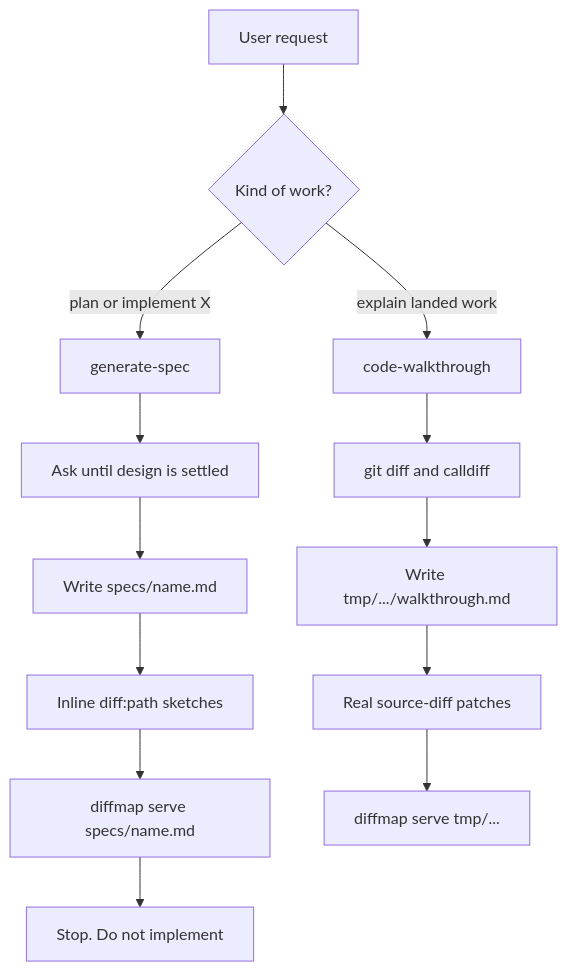
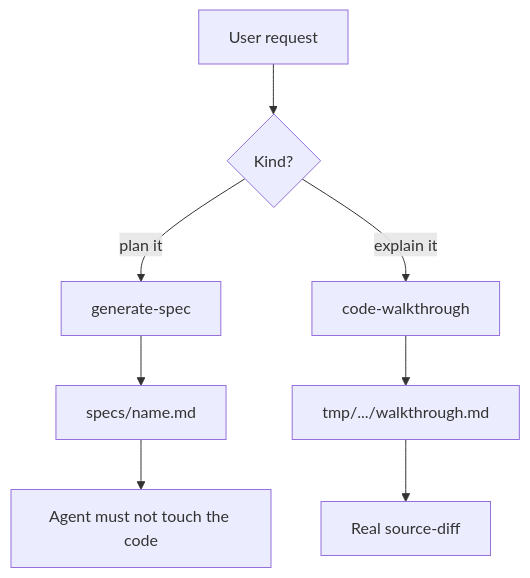
The first of 3 diagrams in specs/merge-generate-spec-walkthrough.md (tanishqkancharla/diffmap), drawn with Mermaid before and after one commit. The commit also changed other lines of this file, not shown here.

First line of the commit message:
Loosen merge spec to a living planned-vs-done doc

````diff
--- a/specs/merge-generate-spec-walkthrough.md
+++ b/specs/merge-generate-spec-walkthrough.md
@@ -13,19 +13,12 @@
 ```mermaid
 flowchart TD
-  Request[User request] --> Kind{Kind of work?}
-  Kind -->|plan or implement X| SpecSkill[generate-spec]
-  Kind -->|explain landed work| WalkSkill[code-walkthrough]
-  SpecSkill --> QA[Ask until design is settled]
-  QA --> SpecFile["Write specs/name.md"]
-  SpecFile --> Sketches[Inline diff:path sketches]
-  Sketches --> ServeSpec["diffmap serve specs/name.md"]
-  ServeSpec --> StopSpec[Stop. Do not implement]
-  WalkSkill --> Research[git diff and calldiff]
-  Research --> TmpFile["Write tmp/.../walkthrough.md"]
-  TmpFile --> SourceDiffs[Real source-diff patches]
-  SourceDiffs --> ServeWalk["diffmap serve tmp/..."]
-  %% ref node:SpecSkill [[skills/generate-spec/SKILL.md]]
-  %% ref node:WalkSkill [[skills/code-walkthrough/SKILL.md]]
-  %% ref node:ServeSpec [[src/cli.ts]]
-  %% ref node:ServeWalk [[src/cli.ts]]
+  Request[User request] --> Kind{Kind?}
+  Kind -->|plan it| Spec[generate-spec]
+  Kind -->|explain it| Walk[code-walkthrough]
+  Spec --> SpecFile["specs/name.md"]
+  SpecFile --> Stop[Agent must not touch the code]
+  Walk --> TmpFile["tmp/.../walkthrough.md"]
+  TmpFile --> Diffs[Real source-diff]
+  %% ref node:Spec [[skills/generate-spec/SKILL.md]]
+  %% ref node:Walk [[skills/code-walkthrough/SKILL.md]]
 ```
````
